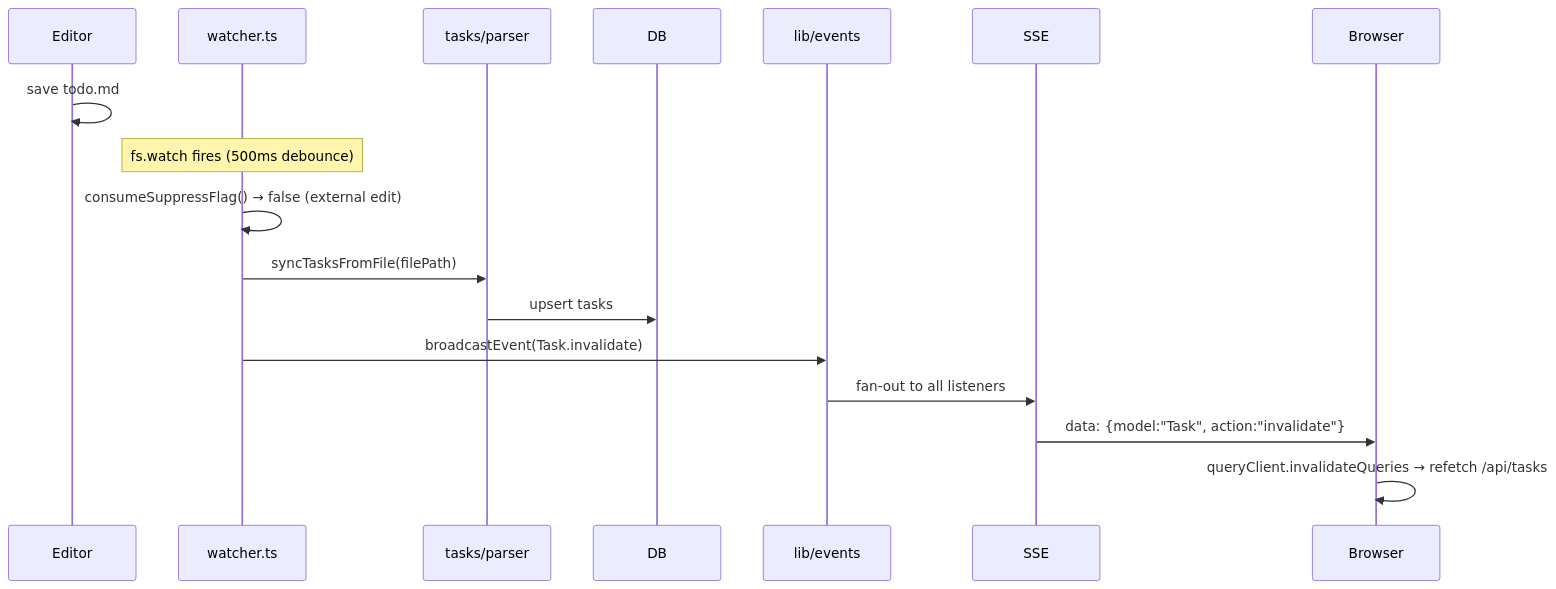
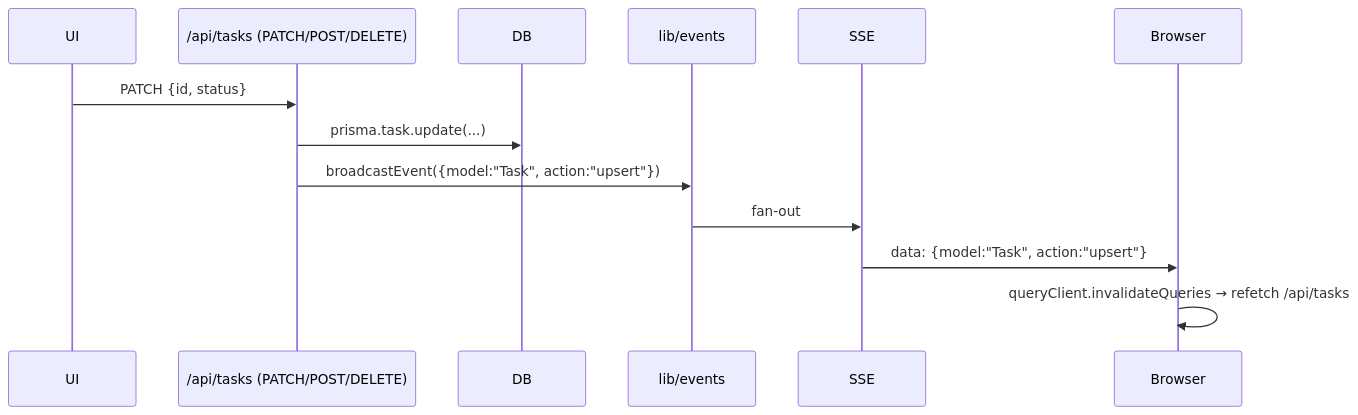
Before and after one commit to salsquared/mission-control: the fifth of 9 diagrams in docs/architecture.md, drawn with Mermaid. The commit also changed other lines of this file and 34 other files, not shown here.

````diff
--- a/docs/architecture.md
+++ b/docs/architecture.md
@@ -624,18 +591,16 @@
 ```mermaid
 sequenceDiagram
-    participant Editor
-    participant Watcher as watcher.ts
-    participant Parser as tasks/parser
+    participant UI
+    participant Route as /api/tasks (PATCH/POST/DELETE)
     participant DB
     participant Bus as lib/events
+    participant SSE
+    participant Browser
 
-    Editor->>Editor: save todo.md
-    Note over Watcher: fs.watch fires (500ms debounce)
-    Watcher->>Watcher: consumeSuppressFlag() → false (external edit)
-    Watcher->>Parser: syncTasksFromFile(filePath)
-    Parser->>DB: upsert tasks
-    Watcher->>Bus: broadcastEvent(Task.invalidate)
-    Bus->>SSE: fan-out to all listeners
-    SSE->>Browser: data: {model:"Task", action:"invalidate"}
+    UI->>Route: PATCH {id, status}
+    Route->>DB: prisma.task.update(...)
+    Route->>Bus: broadcastEvent({model:"Task", action:"upsert"})
+    Bus->>SSE: fan-out
+    SSE->>Browser: data: {model:"Task", action:"upsert"}
     Browser->>Browser: queryClient.invalidateQueries → refetch /api/tasks
 ```
````
